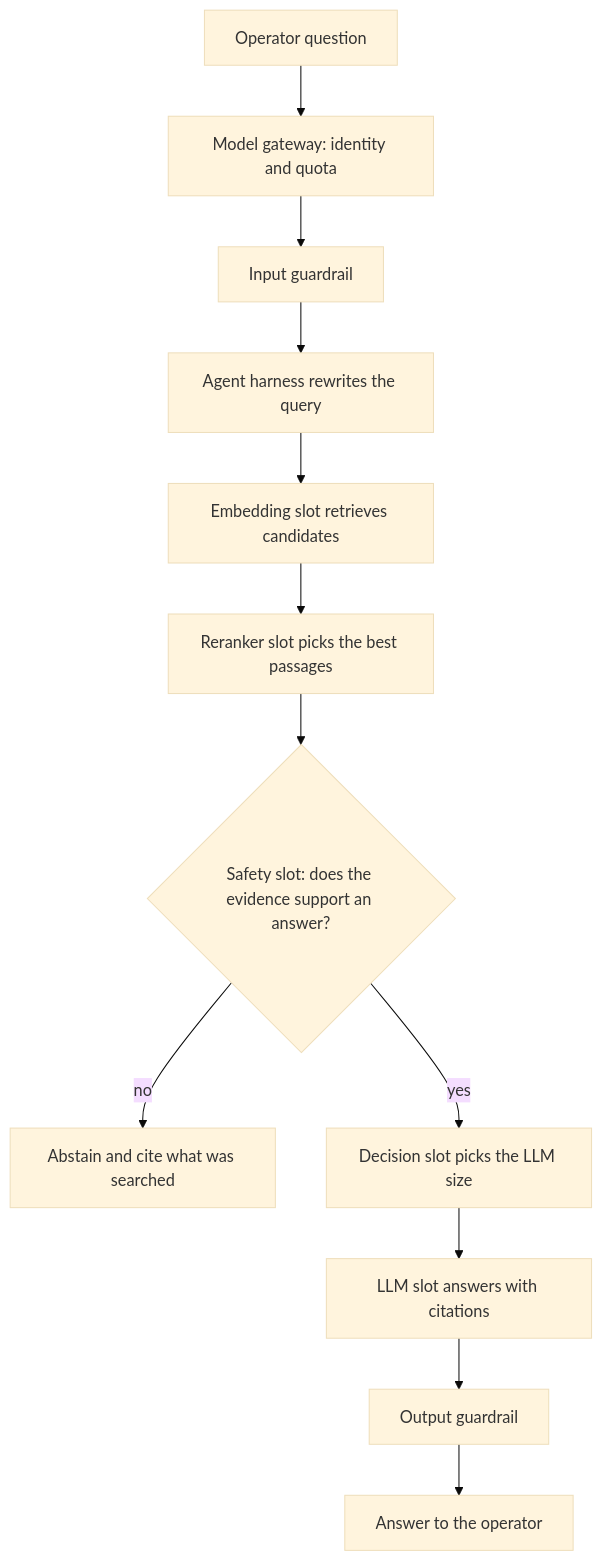
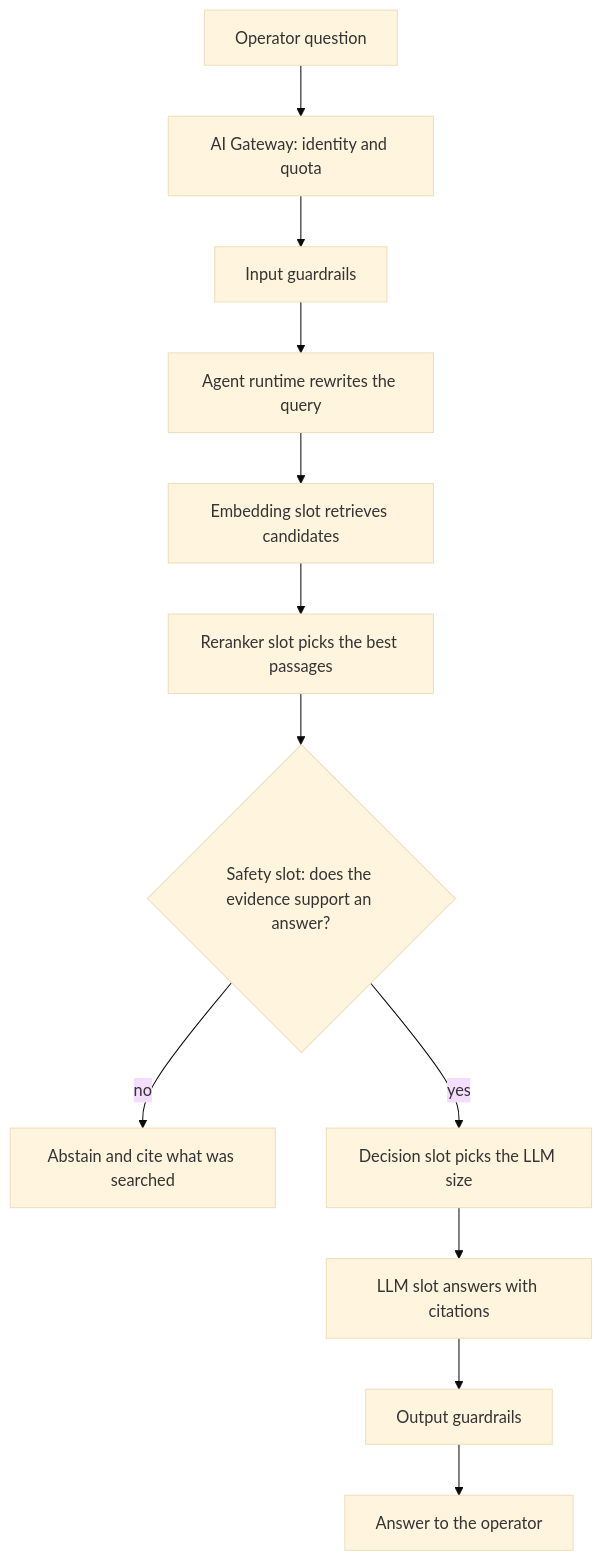
One commit to ravisharma5/otel-telco-blueprints changed the first of 2 diagrams in architecture/index.md. Above: the diagram before and after it, drawn with Mermaid (base theme). The commit also changed other lines of this file and 5 other files, not shown here.

First line of the commit message:
docs(architecture): name layers and capabilities instead of codes and products

````diff
--- a/architecture/index.md
+++ b/architecture/index.md
@@ -72,14 +72,14 @@
 ```mermaid
 flowchart TD
-  Q["Operator question"] --> GW["Model gateway: identity and quota"]
-  GW --> IG["Input guardrail"]
-  IG --> H["Agent harness rewrites the query"]
+  Q["Operator question"] --> GW["AI Gateway: identity and quota"]
+  GW --> IG["Input guardrails"]
+  IG --> H["Agent runtime rewrites the query"]
   H --> E["Embedding slot retrieves candidates"]
   E --> R["Reranker slot picks the best passages"]
   R --> S{"Safety slot: does the evidence support an answer?"}
   S -- "no" --> AB["Abstain and cite what was searched"]
   S -- "yes" --> D["Decision slot picks the LLM size"]
   D --> L["LLM slot answers with citations"]
-  L --> OG["Output guardrail"]
+  L --> OG["Output guardrails"]
   OG --> A["Answer to the operator"]
 ```
````
